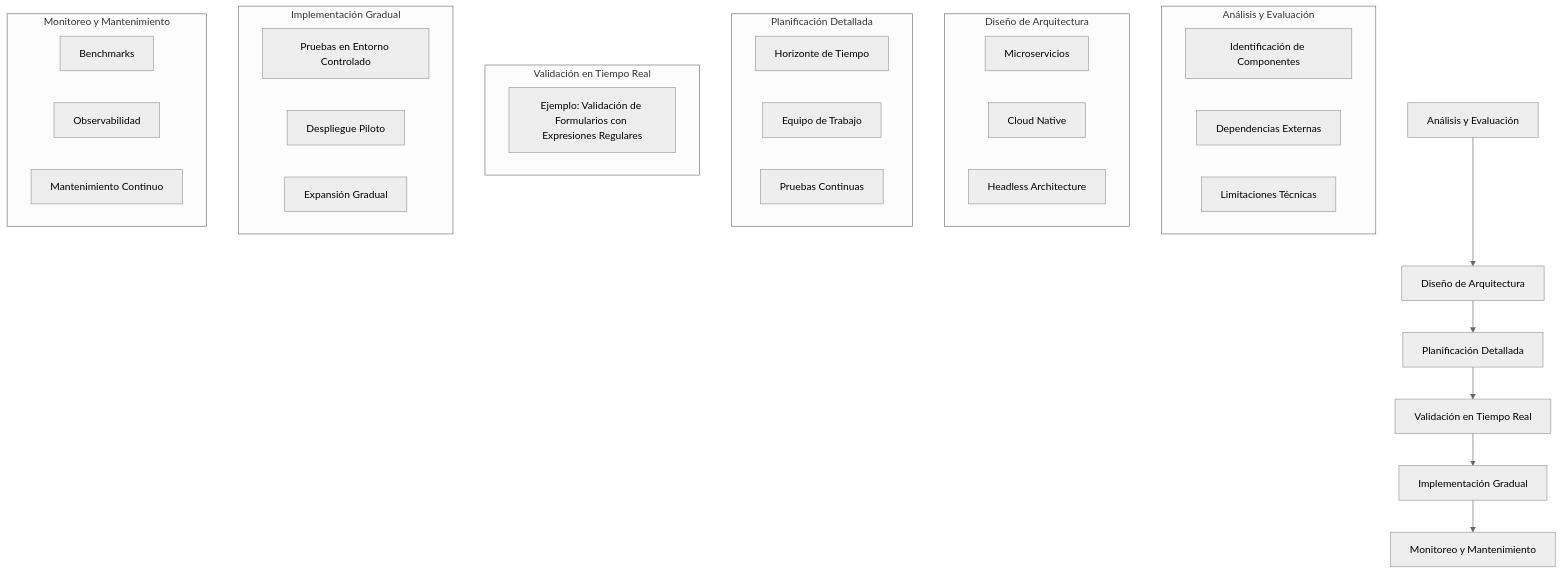
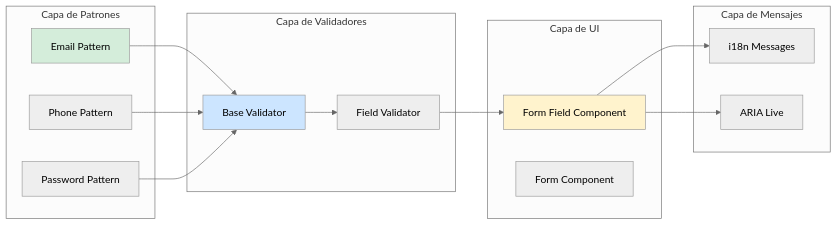
Before and after one commit to Joaquinriosheredia/DAM-Java-Mastery: the second of 3 diagrams in 09_Frontend_Mobile/std_frontend:_validación_de_formularios_en_tiempo_real_con_expresiones_regulares_20260329_1436.md, drawn with Mermaid (neutral theme). The commit also changed other lines of this file, not shown here.

Commit message:
std_frontend:_validación_de_formularios_en_tiempo_real_con_expresiones_regulares_20260329_1436.md

````diff
--- a/09_Frontend_Mobile/std_frontend:_validación_de_formularios_en_tiempo_real_con_expresiones_regulares_20260329_1436.md
+++ b/09_Frontend_Mobile/std_frontend:_validación_de_formularios_en_tiempo_real_con_expresiones_regulares_20260329_1436.md
@@ -635,42 +156,35 @@
 ```mermaid
-graph TD;
-    A[Análisis y Evaluación] --> B[Diseño de Arquitectura];
-    B --> C[Planificación Detallada];
-    C --> D[Validación en Tiempo Real];
-    D --> E[Implementación Gradual];
-    E --> F[Monitoreo y Mantenimiento];
-
-    subgraph "Análisis y Evaluación"
-        A1[Identificación de Componentes]
-        A2[Dependencias Externas]
-        A3[Limitaciones Técnicas]
+graph LR
+    subgraph "Capa de Patrones"
+        EMAIL[Email Pattern]
+        PHONE[Phone Pattern]
+        PASS[Password Pattern]
     end
-
-    subgraph "Diseño de Arquitectura"
-        B1[Microservicios]
-        B2[Cloud Native]
-        B3[Headless Architecture]
+    
+    subgraph "Capa de Validadores"
+        BASE[Base Validator]
+        FIELD[Field Validator]
     end
-
-    subgraph "Planificación Detallada"
-        C1[Horizonte de Tiempo]
-        C2[Equipo de Trabajo]
-        C3[Pruebas Continuas]
+    
+    subgraph "Capa de UI"
+        FIELD_UI[Form Field Component]
+        FORM[Form Component]
     end
-
-    subgraph "Validación en Tiempo Real"
-        D1[Ejemplo: Validación de Formularios con Expresiones Regulares]
+    
+    subgraph "Capa de Mensajes"
+        I18N[i18n Messages]
+        ARIA[ARIA Live]
     end
-
-    subgraph "Implementación Gradual"
-        E1[Pruebas en Entorno Controlado]
-        E2[Despliegue Piloto]
-        E3[Expansión Gradual]
-    end
-
-    subgraph "Monitoreo y Mantenimiento"
-        F1[Benchmarks]
-        F2[Observabilidad]
-        F3[Mantenimiento Continuo]
-    end
+    
+    EMAIL --> BASE
+    PHONE --> BASE
+    PASS --> BASE
+    BASE --> FIELD
+    FIELD --> FIELD_UI
+    FIELD_UI --> I18N
+    FIELD_UI --> ARIA
+    
+    style EMAIL fill:#d4edda
+    style BASE fill:#cce5ff
+    style FIELD_UI fill:#fff3cd
 ```
````
